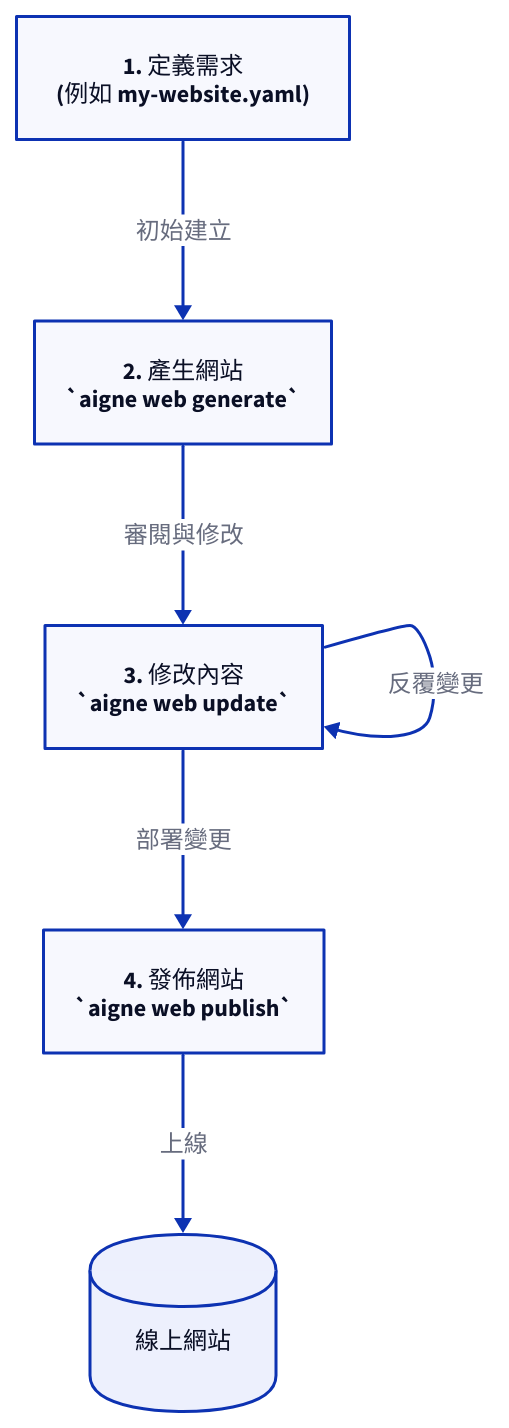
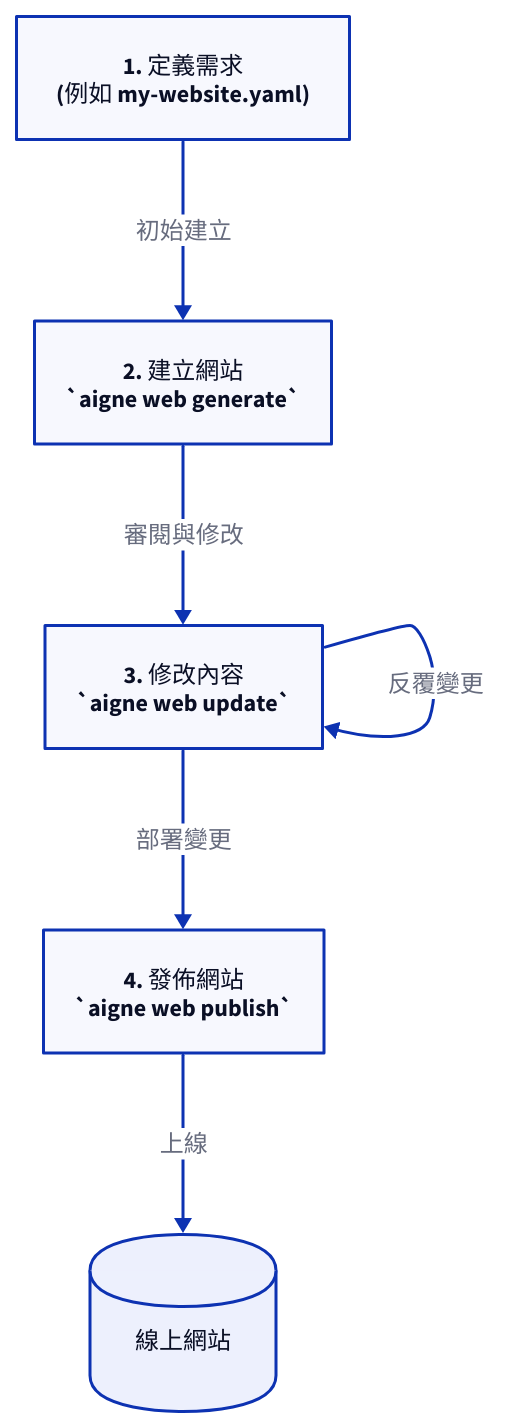
The diagram in .aigne/doc-smith/docs/guides.zh-TW.md (AIGNE-io/aigne-web-smith), drawn with D2 before and after one commit. The commit also changed other lines of this file and 66 other files, not shown here.

````diff
--- a/.aigne/doc-smith/docs/guides.zh-TW.md
+++ b/.aigne/doc-smith/docs/guides.zh-TW.md
@@ -11,34 +11,34 @@
 ```d2
 direction: down
 
 config: {
   label: "1. 定義需求\n(例如 my-website.yaml)"
   shape: rectangle
 }
 
 generate: {
-  label: "2. 產生網站\n`aigne web generate`"
+  label: "2. 建立網站\n`aigne web generate`"
   shape: rectangle
 }
 
 update: {
   label: "3. 修改內容\n`aigne web update`"
   shape: rectangle
 }
 
 publish: {
   label: "4. 發佈網站\n`aigne web publish`"
   shape: rectangle
 }
 
 live_site: {
   label: "線上網站"
   shape: cylinder
 }
 
 config -> generate: "初始建立"
 generate -> update: "審閱與修改"
 update -> update: "反覆變更"
 update -> publish: "部署變更"
 publish -> live_site: "上線"
 ```
````
